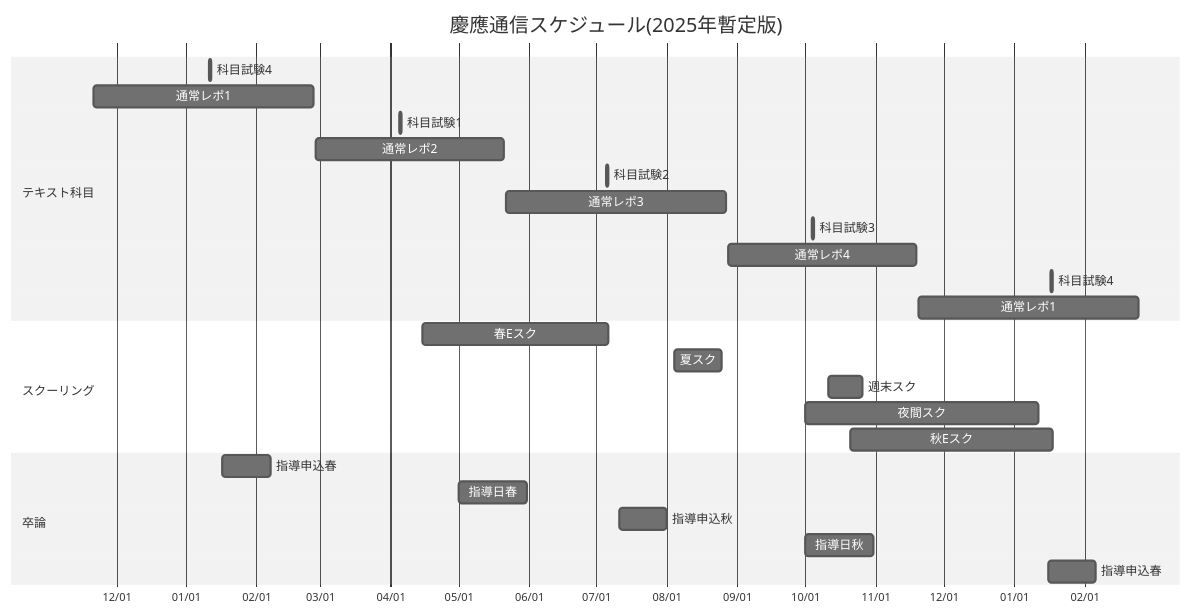
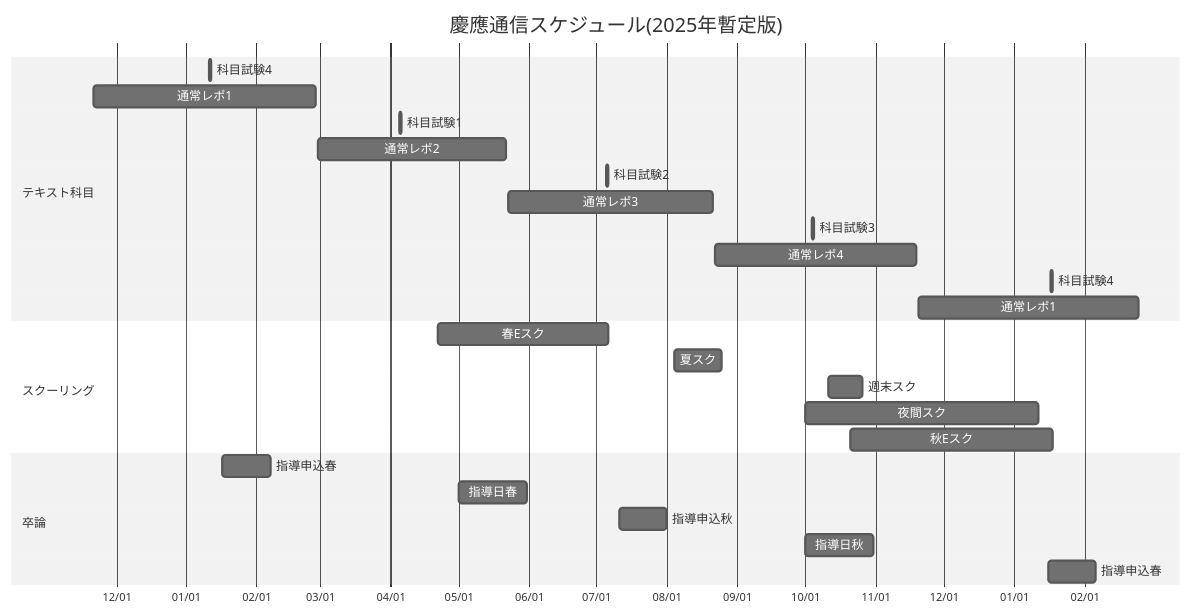
One commit to tmo1031/kcc-tips changed the diagram in schedule/Schedule-2025.mmd. Above: the diagram before and after it, drawn with Mermaid (neutral theme).

Commit message:
スケジュールにレポ〆切/科目試験/春Eスク日程を更新

```diff
--- a/schedule/Schedule-2025.mmd
+++ b/schedule/Schedule-2025.mmd
@@ -1,31 +1,40 @@
 gantt
   title 慶應通信スケジュール(2025年暫定版)
   dateFormat YY-MM-DD
   axisFormat  %m/%d
 
   section テキスト科目
   科目試験4: 25-01-11, 25-01-12
-  通常レポ1: 24-11-21, 25-02-26
+  通常レポ1: 24-11-21, 25-02-27
   科目試験1: 25-04-05, 25-04-06
-  通常レポ2: 25-02-27, 25-05-21
+  通常レポ2: 25-02-28, 25-05-22
   科目試験2: 25-07-05, 25-07-06
-  通常レポ3: 25-05-22, 25-08-27
+  通常レポ3: 25-05-23, 25-08-21
   科目試験3: 25-10-04, 25-10-05
-  通常レポ4: 25-08-28, 25-11-19
+  通常レポ4: 25-08-22, 25-11-19
   科目試験4: 26-01-17, 26-01-18
   通常レポ1: 25-11-20, 26-02-25
 
   section スクーリング
-  春Eスク: 25-04-15, 25-07-06
+  春Eスク: 25-04-22, 25-07-06
   夏スク: 25-08-04, 25-08-25
   週末スク: 25-10-11, 25-10-26
   夜間スク: 25-10-01, 26-01-12
   秋Eスク: 25-10-21, 26-01-18
 
   section 卒論
   指導申込春: 25-01-17, 25-02-07
   指導日春: 25-05-01, 25-05-31
   指導申込秋: 25-07-11, 25-08-01
   指導日秋: 25-10-01, 25-10-31
   指導申込春: 26-01-16, 26-02-06
-%%レポ締切、Eスク日程、卒論指導申込は昨年実績から推測
+%%秋Eスク日程、卒論指導申込は昨年実績から推測
+%%参考:暫定版が取れてFixする予定の日付
+%%1月と4月に更新がありそうです
+%%*レポ提出〆切(〜25年11月):25/1
+%%*科目試験日程(〜26年1月):25/1
+%%*スクーリング日程:24/12
+%%*Eスク(春)授業期間:25/1
+%%*Eスク(秋)授業期間:25/4
+%%*卒論指導(秋春)申込期間:25/4
+%%*シラバス公開:25/3
```
